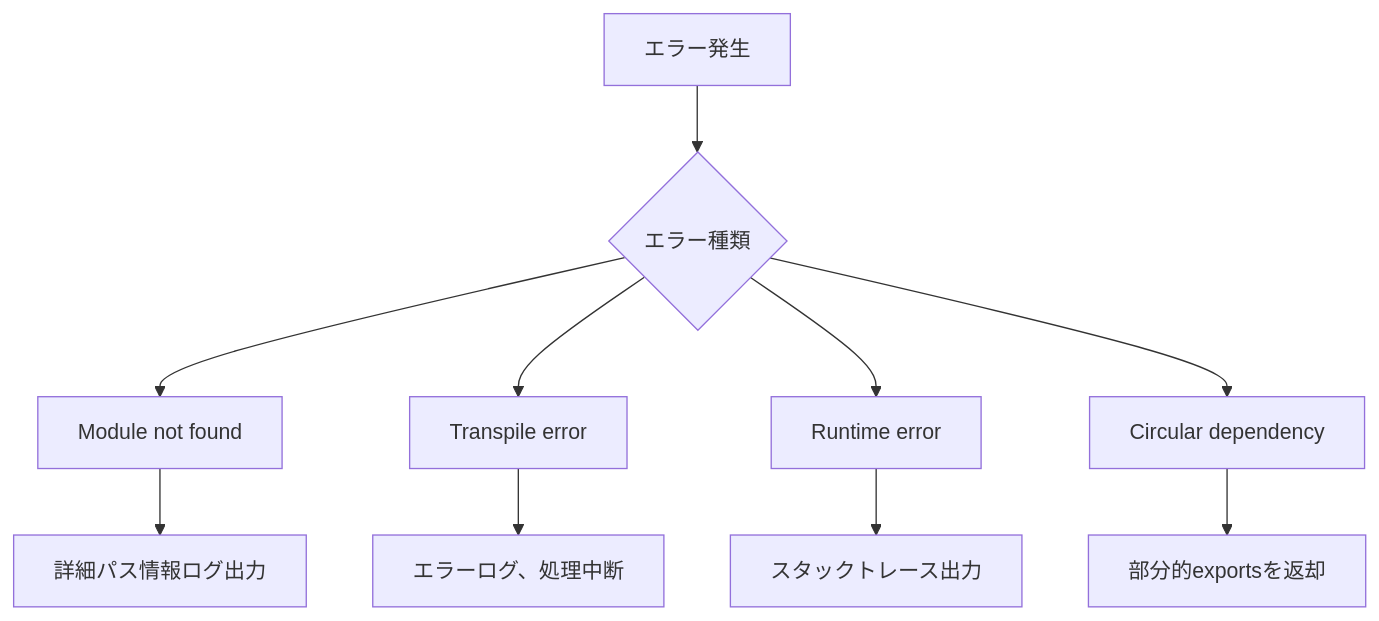
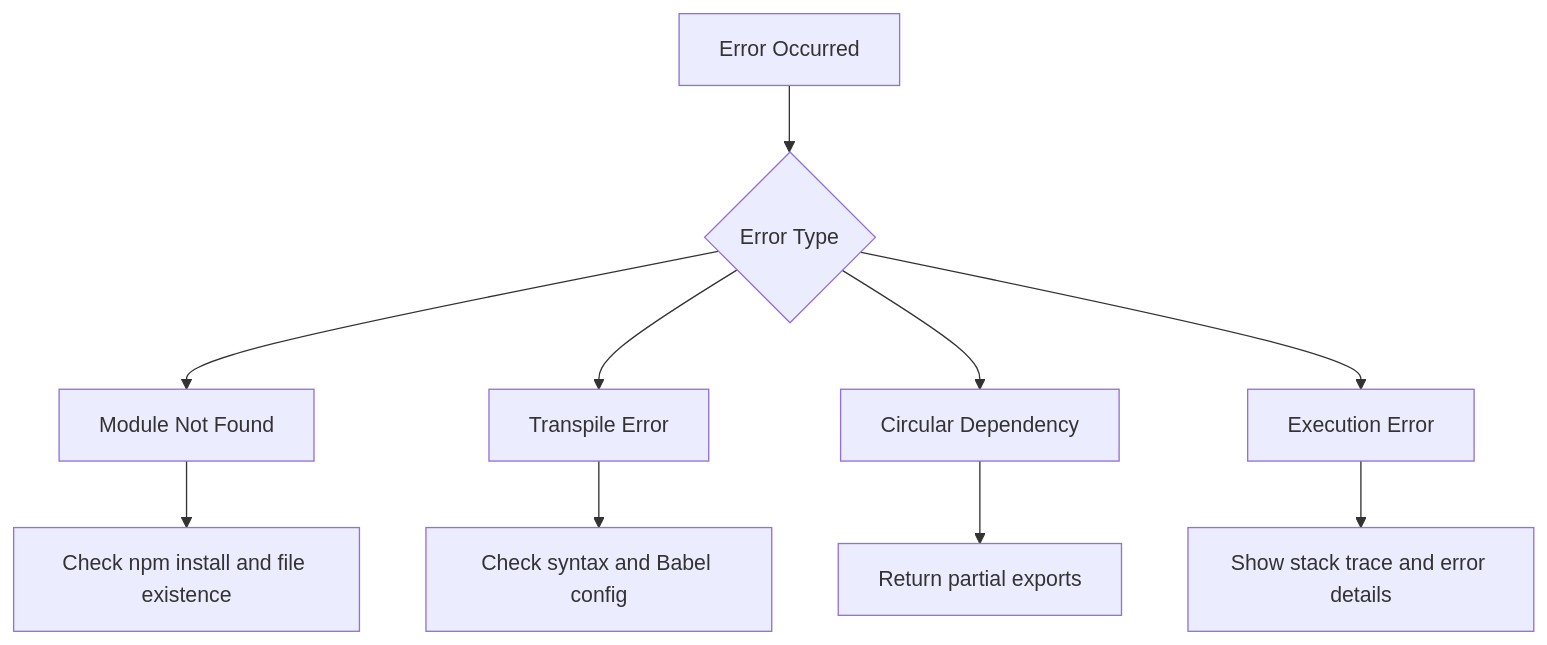
Before and after one commit to Stasshe/Pyxis-CodeCanvas: diagram 12 of 12 in docs/NODE-RUNTIME.md, drawn with Mermaid. The commit also changed other lines of this file, not shown here.

````diff
--- a/docs/NODE-RUNTIME.md
+++ b/docs/NODE-RUNTIME.md
@@ -743,26 +777,26 @@
 ```mermaid
 graph TB
-    Error[エラー発生]
-    Type{エラー種類}
+    Error[Error Occurred]
+    CheckType{Error Type}
     
-    NotFound[Module not found]
-    Transpile[Transpile error]
-    Runtime[Runtime error]
-    Circular[Circular dependency]
+    NotFound[Module Not Found]
+    Transpile[Transpile Error]
+    Circular[Circular Dependency]
+    Execution[Execution Error]
     
-    NFHandle[詳細パス情報ログ出力]
-    THandle[エラーログ、処理中断]
-    RHandle[スタックトレース出力]
-    CHandle[部分的exportsを返却]
+    NFHandle[Check npm install and file existence]
+    THandle[Check syntax and Babel config]
+    CHandle[Return partial exports]
+    EHandle[Show stack trace and error details]
     
-    Error --> Type
-    Type --> NotFound
-    Type --> Transpile
-    Type --> Runtime
-    Type --> Circular
+    Error --> CheckType
+    CheckType --> NotFound
+    CheckType --> Transpile
+    CheckType --> Circular
+    CheckType --> Execution
     
     NotFound --> NFHandle
     Transpile --> THandle
-    Runtime --> RHandle
     Circular --> CHandle
+    Execution --> EHandle
 ```
````
